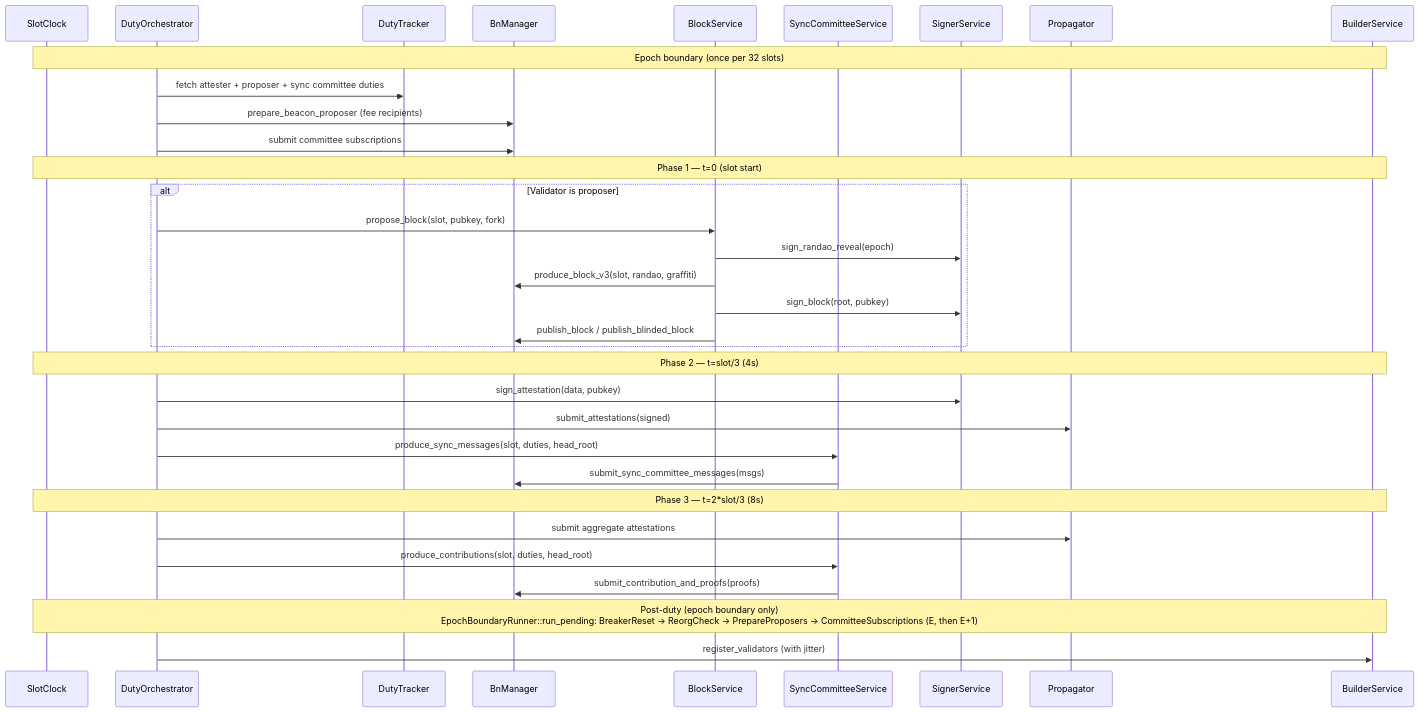
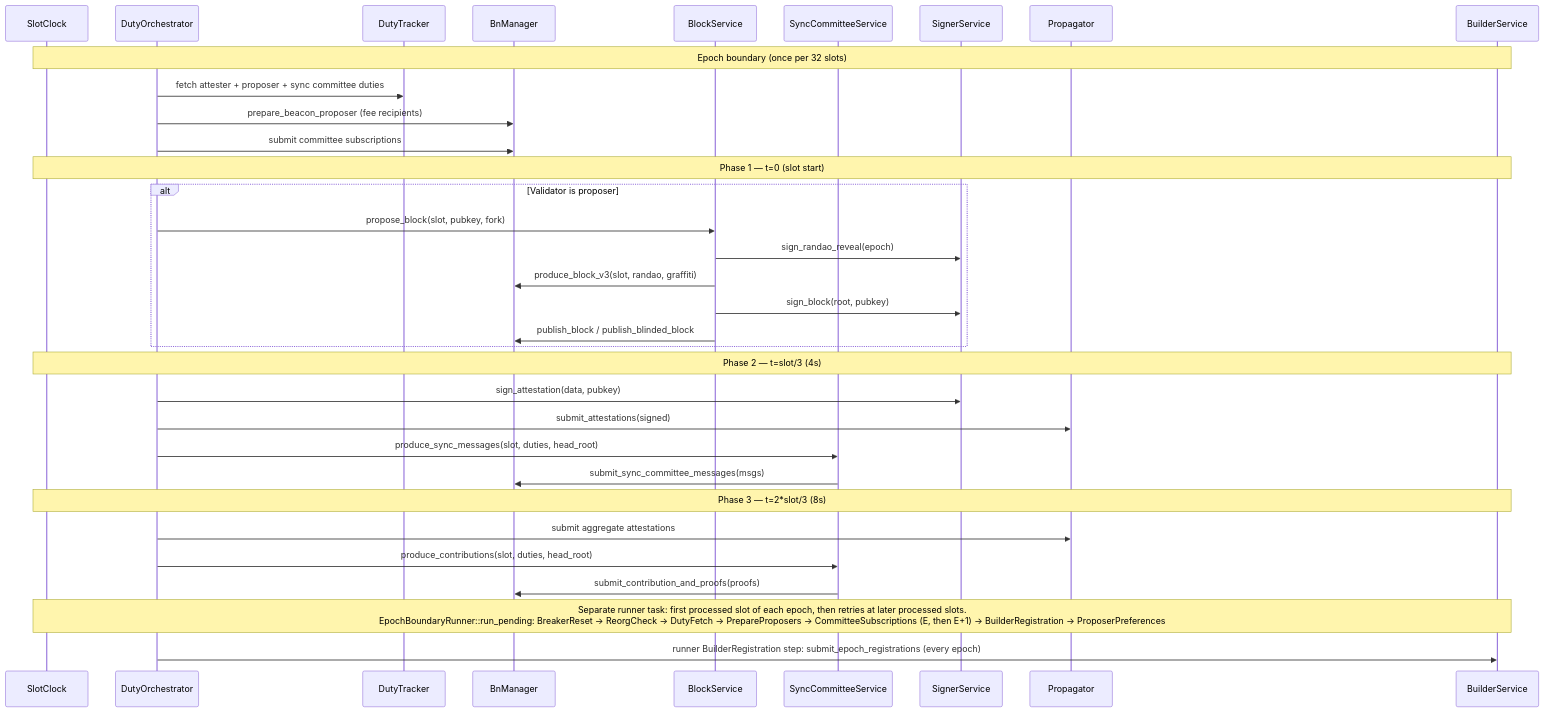
The fourth of 8 diagrams in ARCHITECTURE.md (rootwarp/rvc), drawn with Mermaid before and after one commit. The commit also changed other lines of this file and 4 other files, not shown here.

First line of the commit message:
docs: describe the per-epoch builder registration (W4-E6a)

````diff
--- a/ARCHITECTURE.md
+++ b/ARCHITECTURE.md
@@ -317,40 +317,40 @@
 ```mermaid
 sequenceDiagram
     participant Clock as SlotClock
     participant Orch as DutyOrchestrator
     participant DT as DutyTracker
     participant BNM as BnManager
     participant Block as BlockService
     participant Sync as SyncCommitteeService
     participant Signer as SignerService
     participant Prop as Propagator
     participant Builder as BuilderService
 
     Note over Clock,Builder: Epoch boundary (once per 32 slots)
     Orch->>DT: fetch attester + proposer + sync committee duties
     Orch->>BNM: prepare_beacon_proposer (fee recipients)
     Orch->>BNM: submit committee subscriptions
 
     Note over Clock,Builder: Phase 1 — t=0 (slot start)
     alt Validator is proposer
         Orch->>Block: propose_block(slot, pubkey, fork)
         Block->>Signer: sign_randao_reveal(epoch)
         Block->>BNM: produce_block_v3(slot, randao, graffiti)
         Block->>Signer: sign_block(root, pubkey)
         Block->>BNM: publish_block / publish_blinded_block
     end
 
     Note over Clock,Builder: Phase 2 — t=slot/3 (4s)
     Orch->>Signer: sign_attestation(data, pubkey)
     Orch->>Prop: submit_attestations(signed)
     Orch->>Sync: produce_sync_messages(slot, duties, head_root)
     Sync->>BNM: submit_sync_committee_messages(msgs)
 
     Note over Clock,Builder: Phase 3 — t=2*slot/3 (8s)
     Orch->>Prop: submit aggregate attestations
     Orch->>Sync: produce_contributions(slot, duties, head_root)
     Sync->>BNM: submit_contribution_and_proofs(proofs)
 
-    Note over Clock,Builder: Post-duty (epoch boundary only)<br/>EpochBoundaryRunner::run_pending: BreakerReset → ReorgCheck → PrepareProposers → CommitteeSubscriptions (E, then E+1)
-    Orch->>Builder: register_validators (with jitter)
+    Note over Clock,Builder: Separate runner task: first processed slot of each epoch, then retries at later processed slots.<br/>EpochBoundaryRunner::run_pending: BreakerReset → ReorgCheck → DutyFetch → PrepareProposers → CommitteeSubscriptions (E, then E+1) → BuilderRegistration → ProposerPreferences
+    Orch->>Builder: runner BuilderRegistration step: submit_epoch_registrations (every epoch)
 ```
````
